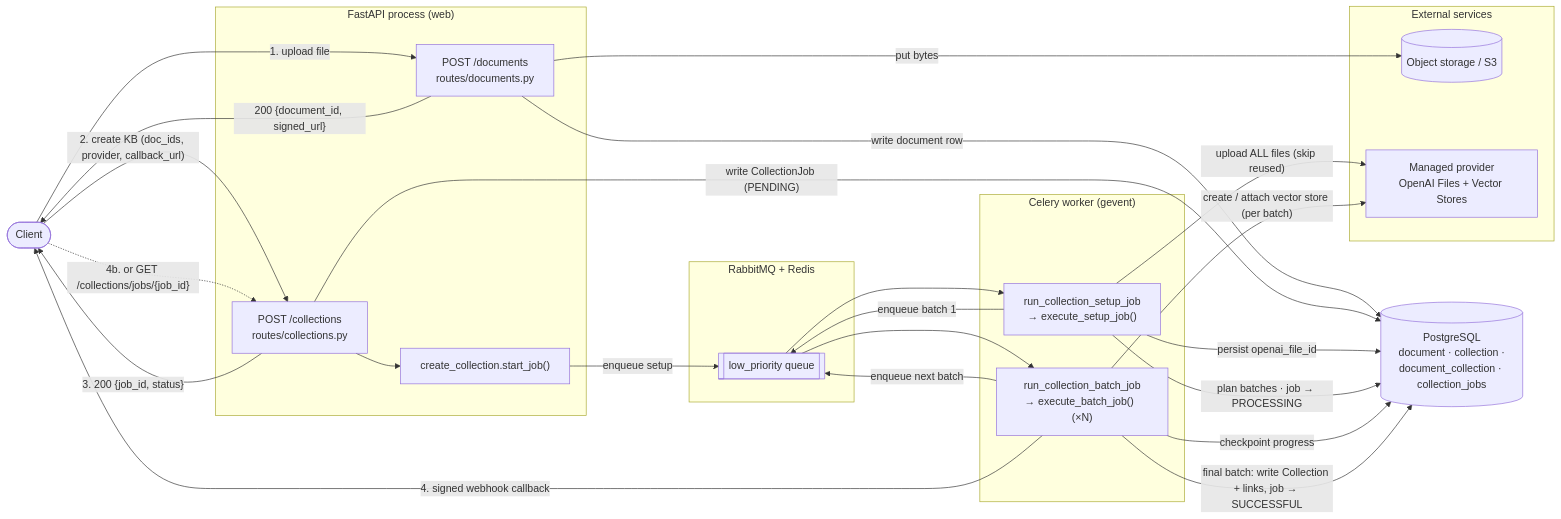
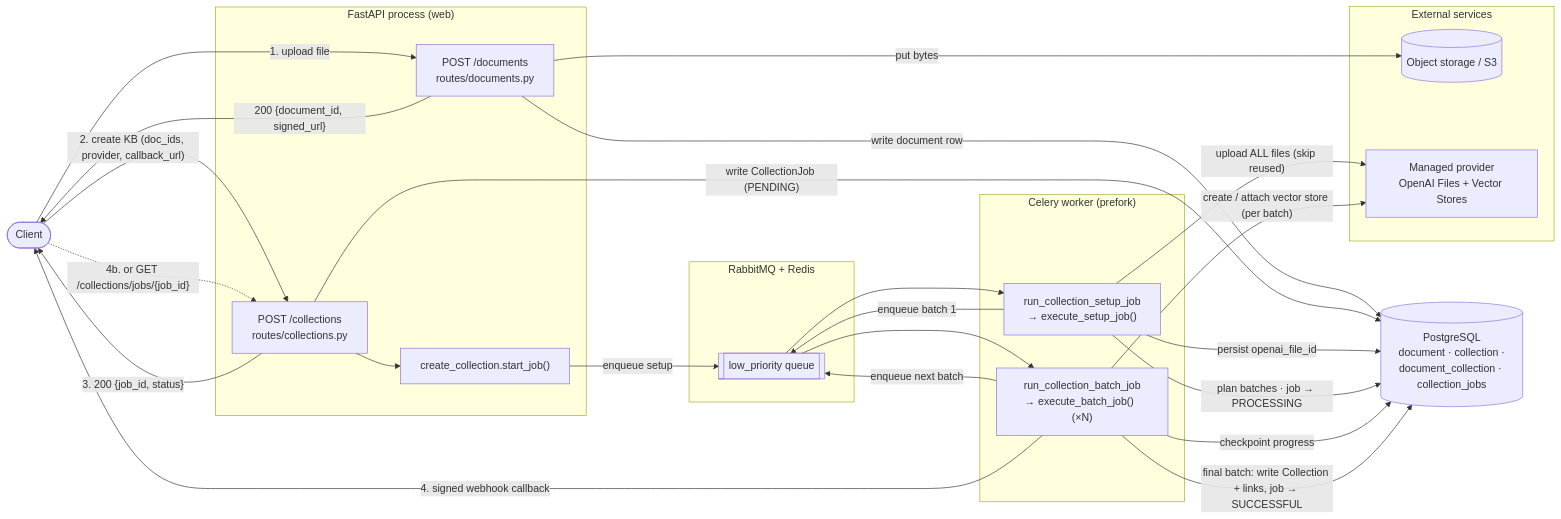
Before and after one commit to ProjectTech4DevAI/kaapi-backend: the first of 8 diagrams in docs/architecture/kaapi-knowledge-base-ARCHITECTURE.md, drawn with Mermaid. The commit also changed other lines of this file and 2 other files, not shown here.

````diff
--- a/docs/architecture/kaapi-knowledge-base-ARCHITECTURE.md
+++ b/docs/architecture/kaapi-knowledge-base-ARCHITECTURE.md
@@ -45,50 +45,50 @@
 ```mermaid
 flowchart LR
     Caller([Client])
 
     subgraph API["FastAPI process (web)"]
         DocRoute["POST /documents\nroutes/documents.py"]
         ColRoute["POST /collections\nroutes/collections.py"]
         StartJob["create_collection.start_job()"]
     end
 
     subgraph Broker["RabbitMQ + Redis"]
         Q[["low_priority queue"]]
     end
 
-    subgraph Worker["Celery worker (gevent)"]
+    subgraph Worker["Celery worker (prefork)"]
         Setup["run_collection_setup_job\n→ execute_setup_job()"]
         Batch["run_collection_batch_job\n→ execute_batch_job()  (×N)"]
     end
 
     subgraph External["External services"]
         S3[("Object storage / S3")]
         Prov["Managed provider\nOpenAI Files + Vector Stores"]
     end
 
     DB[("PostgreSQL\ndocument · collection ·\ndocument_collection · collection_jobs")]
 
     Caller -- "1. upload file" --> DocRoute
     DocRoute -- "put bytes" --> S3
     DocRoute -- "write document row" --> DB
     DocRoute -- "200 {document_id, signed_url}" --> Caller
 
     Caller -- "2. create KB (doc_ids, provider, callback_url)" --> ColRoute
     ColRoute -- "write CollectionJob (PENDING)" --> DB
     ColRoute --> StartJob
     StartJob -- "enqueue setup" --> Q
     ColRoute -- "3. 200 {job_id, status}" --> Caller
 
     Q --> Setup
     Setup -- "upload ALL files (skip reused)" --> Prov
     Setup -- "persist openai_file_id" --> DB
     Setup -- "plan batches · job → PROCESSING" --> DB
     Setup -- "enqueue batch 1" --> Q
     Q --> Batch
     Batch -- "create / attach vector store (per batch)" --> Prov
     Batch -- "checkpoint progress" --> DB
     Batch -- "enqueue next batch" --> Q
     Batch -- "final batch: write Collection + links, job → SUCCESSFUL" --> DB
     Batch -- "4. signed webhook callback" --> Caller
     Caller -. "4b. or GET /collections/jobs/{job_id}" .-> ColRoute
 ```
````
